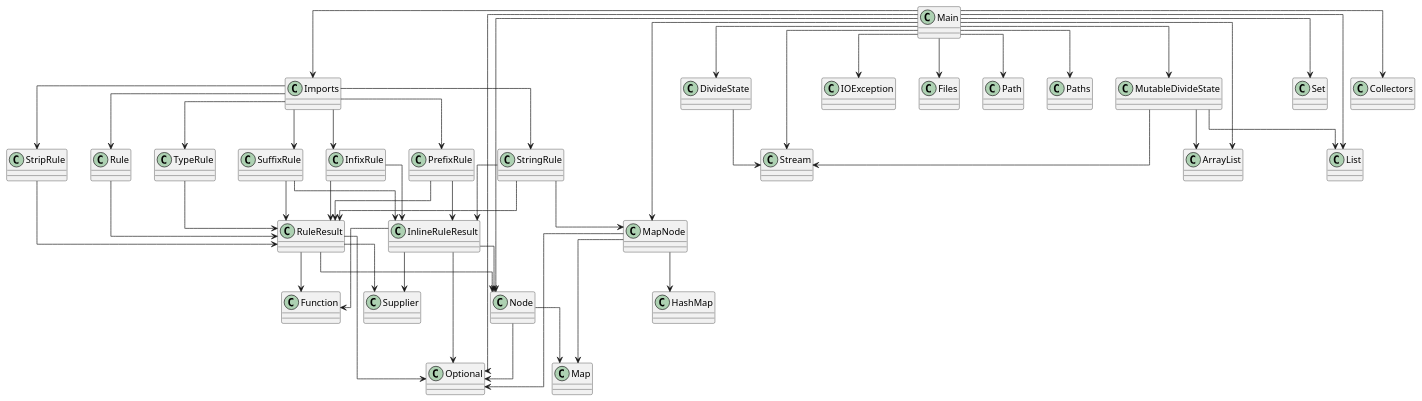
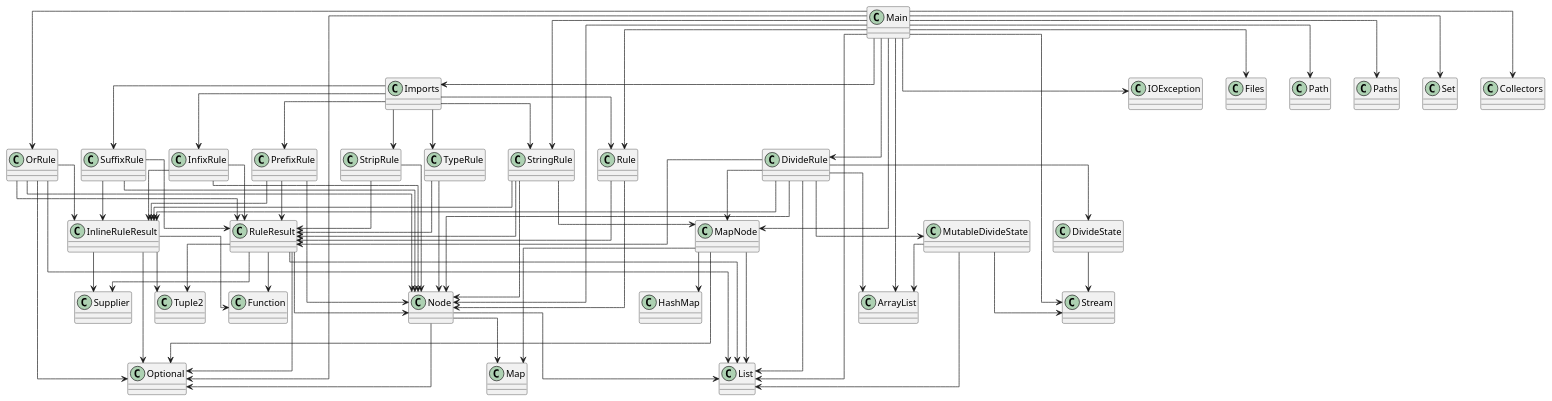
Before and after one commit to Magma-Foundation/Magma: the diagram in diagram.puml, drawn with PlantUML. The commit also changed 16 other files, not shown here.

Commit message:
DivideRule, Tuple2

```diff
--- a/diagram.puml
+++ b/diagram.puml
@@ -1,69 +1,98 @@
 @startuml
 skinparam linetype ortho
 class SuffixRule
+SuffixRule --> Node
 SuffixRule --> InlineRuleResult
 SuffixRule --> RuleResult
 class InfixRule
+InfixRule --> Node
 InfixRule --> InlineRuleResult
 InfixRule --> RuleResult
+class DivideState
+DivideState --> Stream
+class OrRule
+OrRule --> Node
+OrRule --> InlineRuleResult
+OrRule --> RuleResult
+OrRule --> List
+OrRule --> Optional
+class DivideRule
+DivideRule --> DivideState
+DivideRule --> MutableDivideState
+DivideRule --> MapNode
+DivideRule --> Node
+DivideRule --> InlineRuleResult
+DivideRule --> RuleResult
+DivideRule --> ArrayList
+DivideRule --> List
+class Rule
+Rule --> Node
+Rule --> RuleResult
+class RuleResult
+RuleResult --> Tuple2
+RuleResult --> Node
+RuleResult --> List
+RuleResult --> Optional
+RuleResult --> Function
+RuleResult --> Supplier
+class PrefixRule
+PrefixRule --> Node
+PrefixRule --> InlineRuleResult
+PrefixRule --> RuleResult
+class StringRule
+StringRule --> MapNode
+StringRule --> Node
+StringRule --> InlineRuleResult
+StringRule --> RuleResult
+class StripRule
+StripRule --> Node
+StripRule --> RuleResult
+class Tuple2
+class MapNode
+MapNode --> HashMap
+MapNode --> List
+MapNode --> Map
+MapNode --> Optional
+class Imports
+Imports --> InfixRule
+Imports --> PrefixRule
+Imports --> Rule
+Imports --> StringRule
+Imports --> StripRule
+Imports --> SuffixRule
+Imports --> TypeRule
 class Node
+Node --> List
 Node --> Map
 Node --> Optional
 class Main
-Main --> DivideState
 Main --> Imports
-Main --> MutableDivideState
 Main --> MapNode
 Main --> Node
+Main --> DivideRule
+Main --> OrRule
+Main --> Rule
+Main --> StringRule
 Main --> IOException
 Main --> Files
 Main --> Path
 Main --> Paths
 Main --> ArrayList
 Main --> List
 Main --> Optional
 Main --> Set
 Main --> Collectors
 Main --> Stream
-class DivideState
-DivideState --> Stream
-class Rule
-Rule --> RuleResult
 class TypeRule
+TypeRule --> Node
 TypeRule --> RuleResult
-class RuleResult
-RuleResult --> Node
-RuleResult --> Optional
-RuleResult --> Function
-RuleResult --> Supplier
 class MutableDivideState
 MutableDivideState --> ArrayList
 MutableDivideState --> List
 MutableDivideState --> Stream
-class PrefixRule
-PrefixRule --> InlineRuleResult
-PrefixRule --> RuleResult
-class StringRule
-StringRule --> MapNode
-StringRule --> InlineRuleResult
-StringRule --> RuleResult
-class StripRule
-StripRule --> RuleResult
 class InlineRuleResult
-InlineRuleResult --> Node
+InlineRuleResult --> Tuple2
 InlineRuleResult --> Optional
 InlineRuleResult --> Function
 InlineRuleResult --> Supplier
-class MapNode
-MapNode --> HashMap
-MapNode --> Map
-MapNode --> Optional
-class Imports
-Imports --> InfixRule
-Imports --> PrefixRule
-Imports --> Rule
-Imports --> StringRule
-Imports --> StripRule
-Imports --> SuffixRule
-Imports --> TypeRule
 @enduml
```
